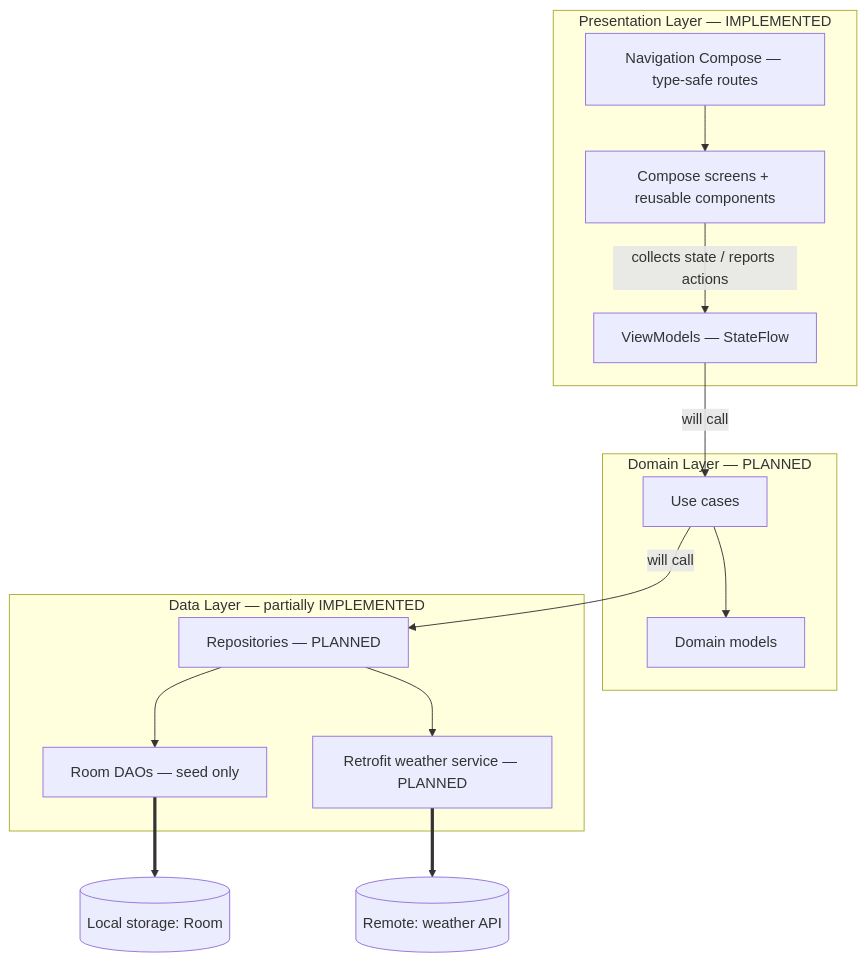
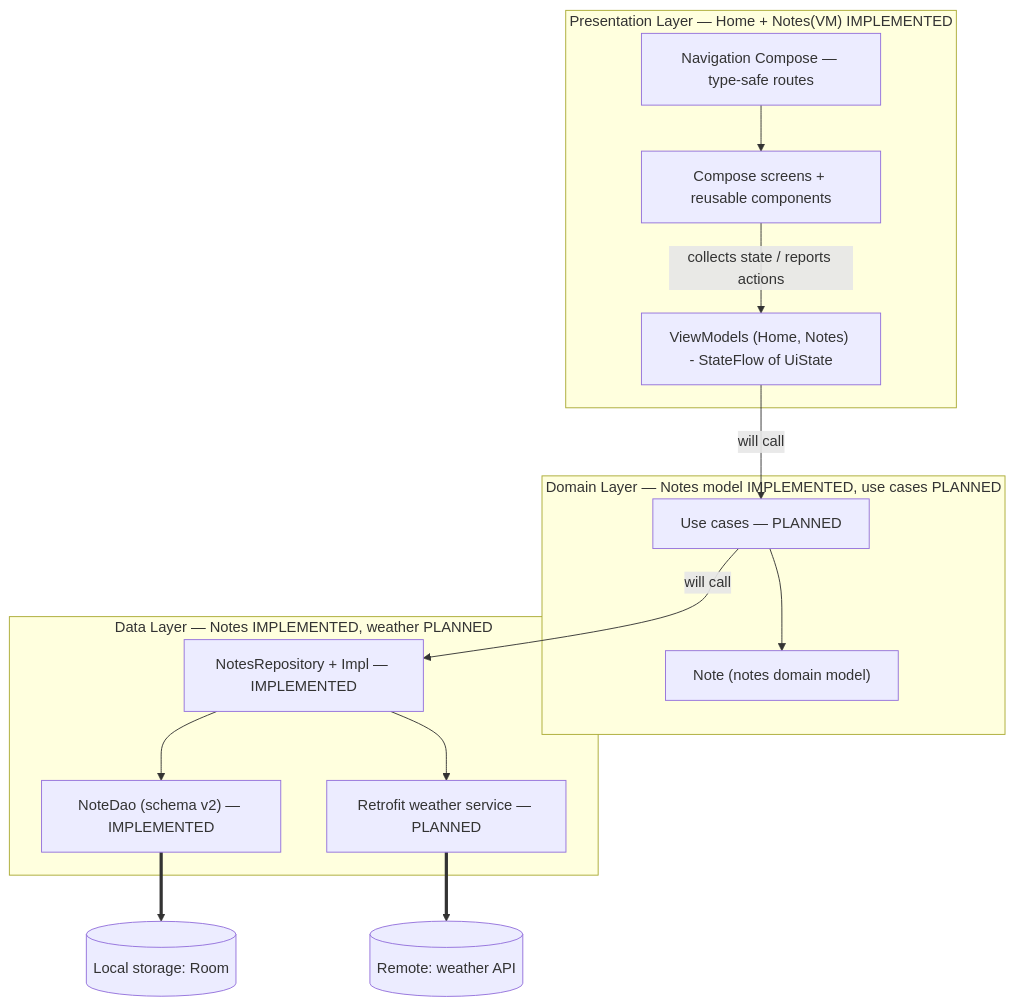
The diagram in SYSTEM_DESIGN.md (mxrckyyy/Hapsay), drawn with Mermaid before and after one commit. The commit also changed other lines of this file and 26 other files, not shown here.

````diff
--- a/SYSTEM_DESIGN.md
+++ b/SYSTEM_DESIGN.md
@@ -45,29 +45,29 @@
 ```mermaid
 flowchart TB
-    subgraph P["Presentation Layer — IMPLEMENTED"]
+    subgraph P["Presentation Layer — Home + Notes(VM) IMPLEMENTED"]
         SCR["Compose screens + reusable components"]
-        VM["ViewModels — StateFlow<UiState>"]
+        VM["ViewModels (Home, Notes) - StateFlow of UiState"]
         NAV["Navigation Compose — type-safe routes"]
     end
-    subgraph D["Domain Layer — PLANNED"]
-        MOD["Domain models"]
-        UC["Use cases"]
+    subgraph D["Domain Layer — Notes model IMPLEMENTED, use cases PLANNED"]
+        MOD["Note (notes domain model)"]
+        UC["Use cases — PLANNED"]
     end
-    subgraph L["Data Layer — partially IMPLEMENTED"]
-        REPO["Repositories — PLANNED"]
-        DAO["Room DAOs — seed only"]
+    subgraph L["Data Layer — Notes IMPLEMENTED, weather PLANNED"]
+        REPO["NotesRepository + Impl — IMPLEMENTED"]
+        DAO["NoteDao (schema v2) — IMPLEMENTED"]
         API["Retrofit weather service — PLANNED"]
     end
     DB[("Local storage: Room")]
     NET[("Remote: weather API")]
 
     NAV --> SCR
     SCR -- collects state / reports actions --> VM
     VM -- "will call" --> UC
     UC --> MOD
     UC -- "will call" --> REPO
     REPO --> DAO
     REPO --> API
     DAO ==> DB
     API ==> NET
 ```
````
